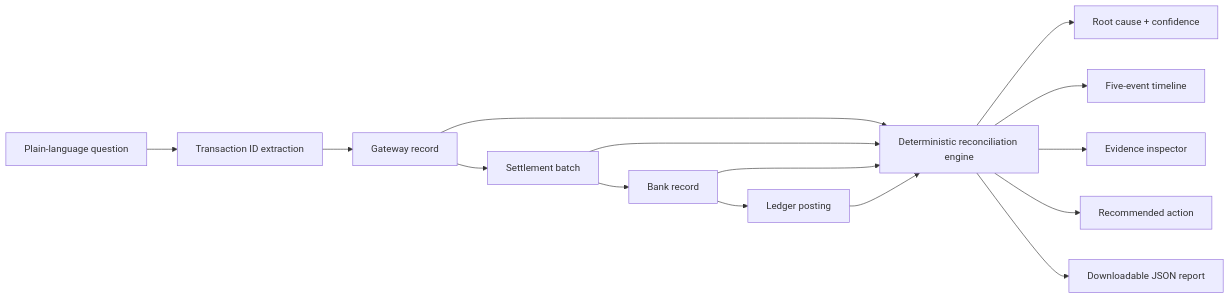
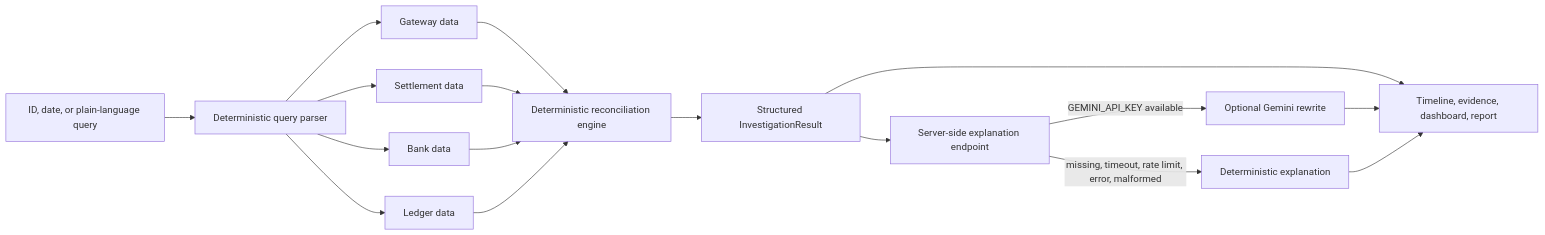
Before and after one commit to Akshit-Singh-00/settlement-trace-ai: the diagram in README.md, drawn with Mermaid. The commit also changed other lines of this file and 28 other files, not shown here.

````diff
--- a/README.md
+++ b/README.md
@@ -13,14 +13,15 @@
 ```mermaid
 flowchart LR
-    Q[Plain-language question] --> I[Transaction ID extraction]
-    I --> G[Gateway record]
-    G --> S[Settlement batch]
-    S --> B[Bank record]
-    B --> L[Ledger posting]
+    Q[ID, date, or plain-language query] --> P[Deterministic query parser]
+    P --> G[Gateway data]
+    P --> S[Settlement data]
+    P --> B[Bank data]
+    P --> L[Ledger data]
     G & S & B & L --> R[Deterministic reconciliation engine]
-    R --> X[Root cause + confidence]
-    R --> T[Five-event timeline]
-    R --> E[Evidence inspector]
-    R --> A[Recommended action]
-    R --> D[Downloadable JSON report]
+    R --> I[Structured InvestigationResult]
+    I --> U[Timeline, evidence, dashboard, report]
+    I --> API[Server-side explanation endpoint]
+    API -->|GEMINI_API_KEY available| AI[Optional Gemini rewrite]
+    API -->|missing, timeout, rate limit, error, malformed| F[Deterministic explanation]
+    AI & F --> U
 ```
````
